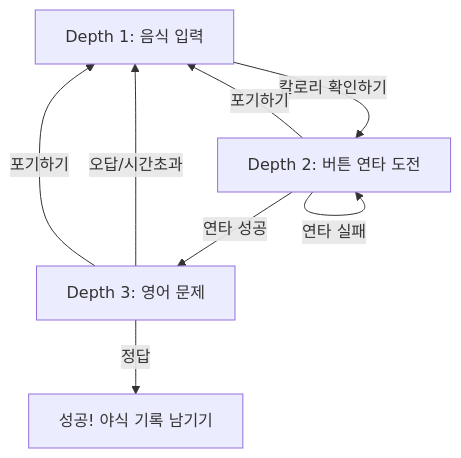
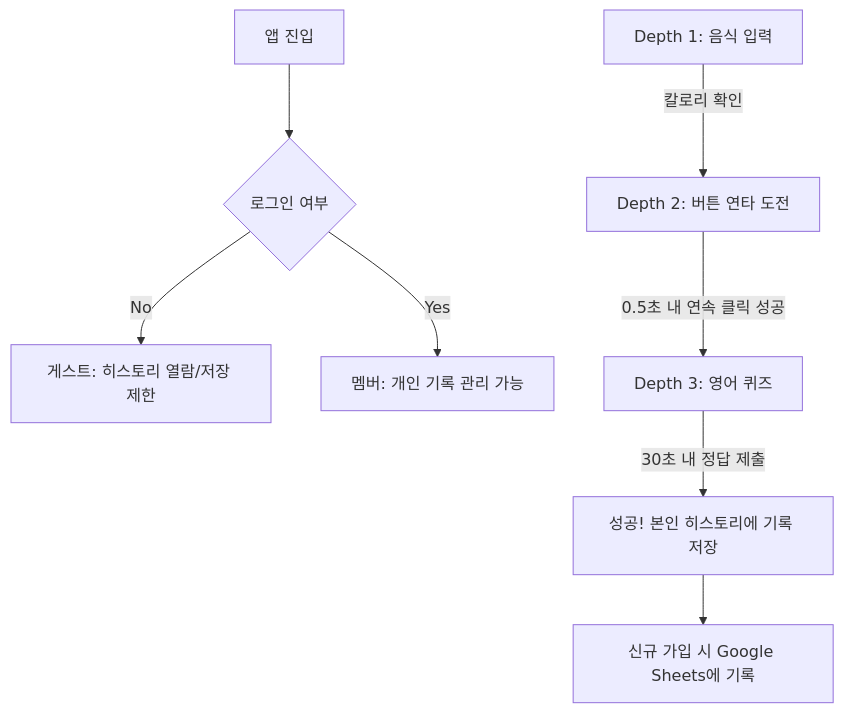
Before and after one commit to markdap/night-snack-record: the diagram in implementation_plan.md, drawn with Mermaid. The commit also changed other lines of this file and 1 other file, not shown here.

````diff
--- a/implementation_plan.md
+++ b/implementation_plan.md
@@ -52,10 +35,12 @@
 ```mermaid
 flowchart TD
-    D1[Depth 1: 음식 입력] -->|칼로리 확인하기| D2[Depth 2: 버튼 연타 도전]
-    D2 -->|연타 성공| D3[Depth 3: 영어 문제]
-    D2 -->|연타 실패| D2
-    D2 -->|포기하기| D1
-    D3 -->|정답| SUCCESS[성공! 야식 기록 남기기]
-    D3 -->|오답/시간초과| D1
-    D3 -->|포기하기| D1
+    START[앱 진입] --> LOGIN{로그인 여부}
+    LOGIN -->|No| GUEST[게스트: 히스토리 열람/저장 제한]
+    LOGIN -->|Yes| MEMBER[멤버: 개인 기록 관리 가능]
+    
+    D1[Depth 1: 음식 입력] -->|칼로리 확인| D2[Depth 2: 버튼 연타 도전]
+    D2 -->|0.5초 내 연속 클릭 성공| D3[Depth 3: 영어 퀴즈]
+    D3 -->|30초 내 정답 제출| SUCCESS[성공! 본인 히스토리에 기록 저장]
+    
+    SUCCESS --> LOG[신규 가입 시 Google Sheets에 기록]
 ```
````
